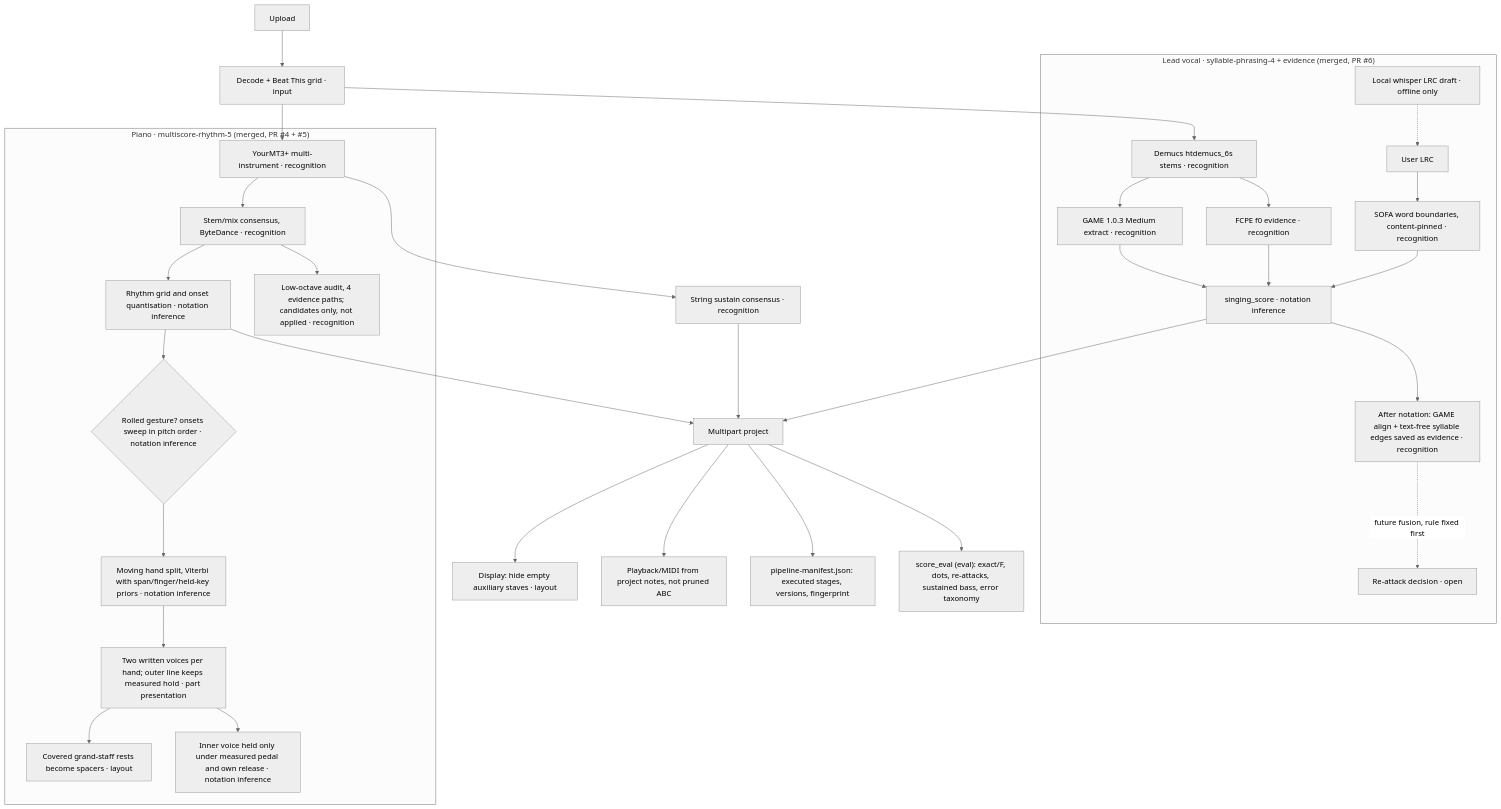
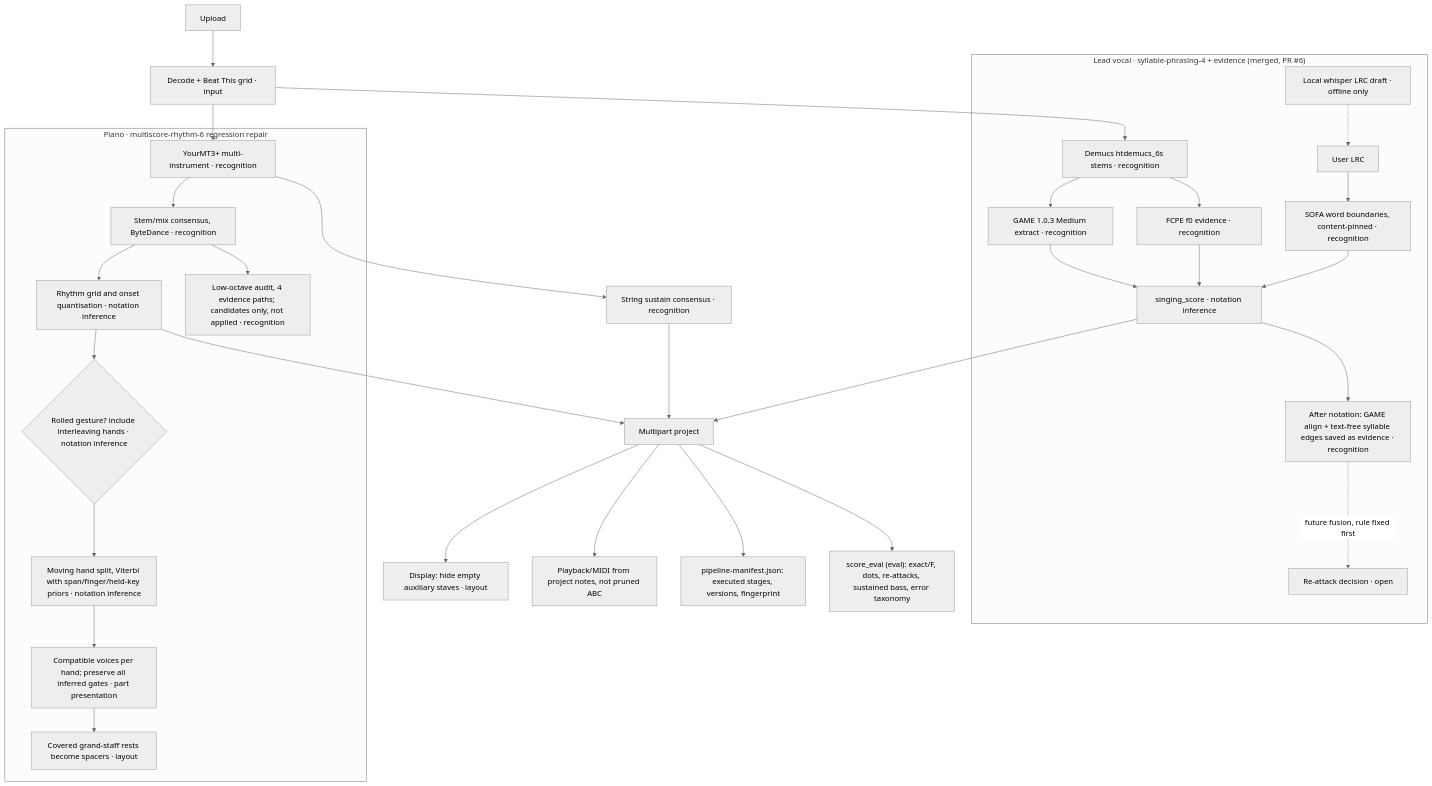
The diagram in docs/PIPELINE.md (zzzhhn/coro-workbench), drawn with Mermaid (neutral theme) before and after one commit. The commit also changed other lines of this file and 4 other files, not shown here.

Commit message:
fix: preserve piano holds and interleaved rolls during notation

````diff
--- a/docs/PIPELINE.md
+++ b/docs/PIPELINE.md
@@ -13,38 +36,37 @@
 ```mermaid
 flowchart TD
   A[Upload] --> B[Decode + Beat This grid · input]
   B --> SEP[Demucs htdemucs_6s stems · recognition]
   B --> MT[YourMT3+ multi-instrument · recognition]
 
   subgraph Vocal["Lead vocal · syllable-phrasing-4 + evidence (merged, PR #6)"]
     SEP --> GE[GAME 1.0.3 Medium extract · recognition]
     SEP --> FC[FCPE f0 evidence · recognition]
     LRC[User LRC] --> SOFA[SOFA word boundaries, content-pinned · recognition]
     ASR[Local whisper LRC draft · offline only] -.-> LRC
     GE --> SS[singing_score · notation inference]
     FC --> SS
     SOFA --> SS
     SS --> EVD[After notation: GAME align + text-free syllable edges saved as evidence · recognition]
     EVD -.->|future fusion, rule fixed first| RX[Re-attack decision · open]
   end
 
-  subgraph Piano["Piano · multiscore-rhythm-5 (merged, PR #4 + #5)"]
+  subgraph Piano["Piano · multiscore-rhythm-6 regression repair"]
     MT --> PC[Stem/mix consensus, ByteDance · recognition]
     PC --> PR[Rhythm grid and onset quantisation · notation inference]
-    PR --> PA{Rolled gesture? onsets sweep in pitch order · notation inference}
+    PR --> PA{Rolled gesture? include interleaving hands · notation inference}
     PA --> PH[Moving hand split, Viterbi with span/finger/held-key priors · notation inference]
-    PH --> PV[Two written voices per hand; outer line keeps measured hold · part presentation]
+    PH --> PV[Compatible voices per hand; preserve all inferred gates · part presentation]
     PV --> PL[Covered grand-staff rests become spacers · layout]
-    PV --> PP[Inner voice held only under measured pedal and own release · notation inference]
     PC --> PO[Low-octave audit, 4 evidence paths; candidates only, not applied · recognition]
   end
 
   MT --> STR[String sustain consensus · recognition]
   SS --> PRJ[Multipart project]
   PR --> PRJ
   STR --> PRJ
   PRJ --> VIEW[Display: hide empty auxiliary staves · layout]
   PRJ --> AUD[Playback/MIDI from project notes, not pruned ABC]
   PRJ --> MAN[pipeline-manifest.json: executed stages, versions, fingerprint]
   PRJ --> EV["score_eval (eval): exact/F, dots, re-attacks, sustained bass, error taxonomy"]
 ```
````
